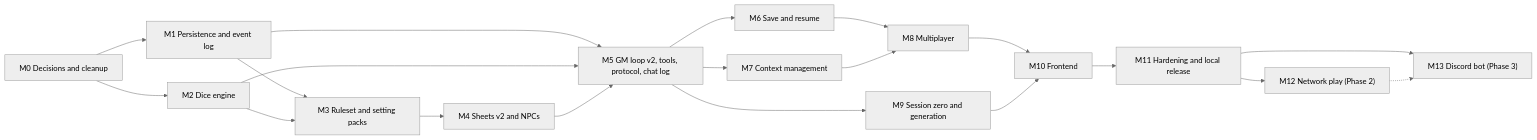
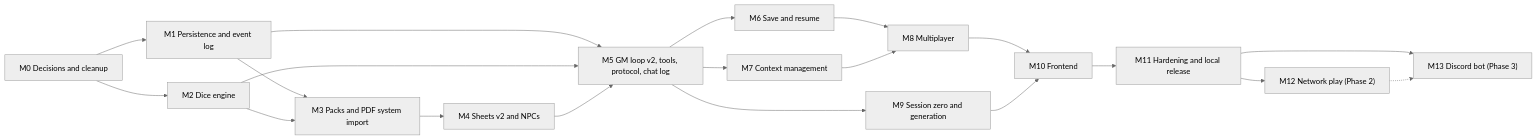
The seventh of 7 diagrams in docs/STORYTELLER_PLAN.md (misears/Storyteller-AI-Agent), drawn with Mermaid (neutral theme) before and after one commit. The commit also changed other lines of this file and 7 other files, not shown here.

Commit message:
docs: apply owner answers (PDF-driven systems, accounts, purge, timelines); delete BlackDragon duplicates

````diff
--- a/docs/STORYTELLER_PLAN.md
+++ b/docs/STORYTELLER_PLAN.md
@@ -1682,22 +1821,22 @@
 ```mermaid
 flowchart LR
     M0["M0 Decisions and cleanup"] --> M1["M1 Persistence and event log"]
     M0 --> M2["M2 Dice engine"]
-    M1 --> M3["M3 Ruleset and setting packs"]
+    M1 --> M3["M3 Packs and PDF system import"]
     M2 --> M3
     M3 --> M4["M4 Sheets v2 and NPCs"]
     M1 --> M5["M5 GM loop v2, tools, protocol, chat log"]
     M2 --> M5
     M4 --> M5
     M5 --> M6["M6 Save and resume"]
     M5 --> M7["M7 Context management"]
     M6 --> M8["M8 Multiplayer"]
     M7 --> M8
     M5 --> M9["M9 Session zero and generation"]
     M8 --> M10["M10 Frontend"]
     M9 --> M10
     M10 --> M11["M11 Hardening and local release"]
     M11 --> M12["M12 Network play (Phase 2)"]
     M11 --> M13["M13 Discord bot (Phase 3)"]
     M12 -.-> M13
 ```
````
